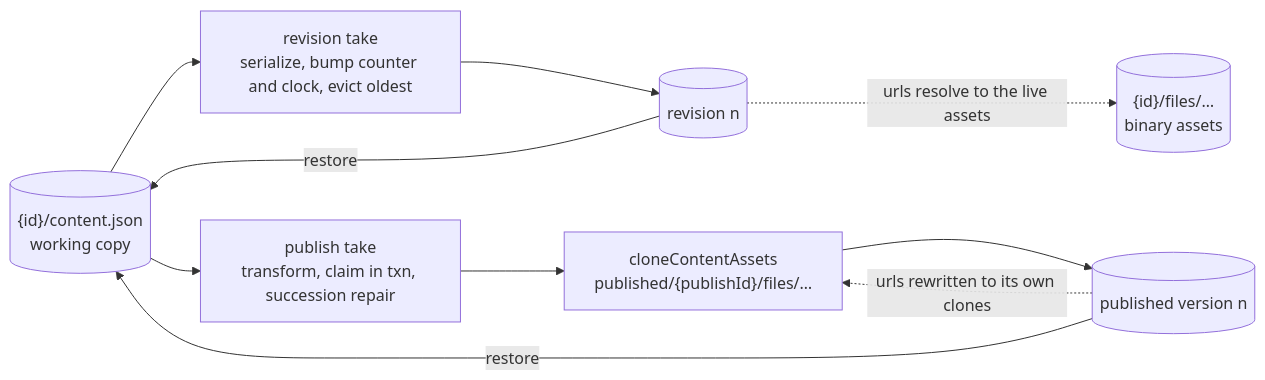
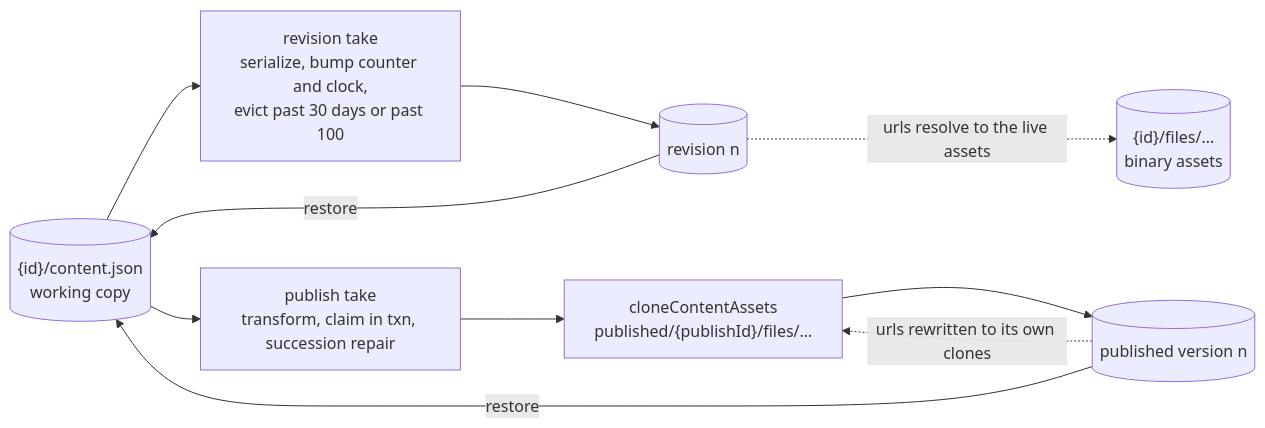
Before and after one commit to Esposter/Esposter: the first of 3 diagrams in apps/web/content/docs/resource/resource-snapshots.md, drawn with Mermaid. The commit also changed other lines of this file and 13 other files, not shown here.

````diff
--- a/apps/web/content/docs/resource/resource-snapshots.md
+++ b/apps/web/content/docs/resource/resource-snapshots.md
@@ -52,17 +52,17 @@
 ```mermaid
 flowchart LR
   WORK[("{id}/content.json<br/>working copy")]
   FILES[("{id}/files/…<br/>binary assets")]
 
-  WORK --> TAKEREV["revision take<br/>serialize, bump counter and clock, evict oldest"]
+  WORK --> TAKEREV["revision take<br/>serialize, bump counter and clock,<br/>evict past 30 days or past 100"]
   WORK --> TAKEPUB["publish take<br/>transform, claim in txn, succession repair"]
 
   TAKEREV --> REV[("revision n")]
   TAKEPUB --> CLONE["cloneContentAssets<br/>published/{publishId}/files/…"]
   CLONE --> PUB[("published version n")]
 
   REV -.->|"urls resolve to the live assets"| FILES
   PUB -.->|"urls rewritten to its own clones"| CLONE
   REV -->|restore| WORK
   PUB -->|restore| WORK
 ```
````
